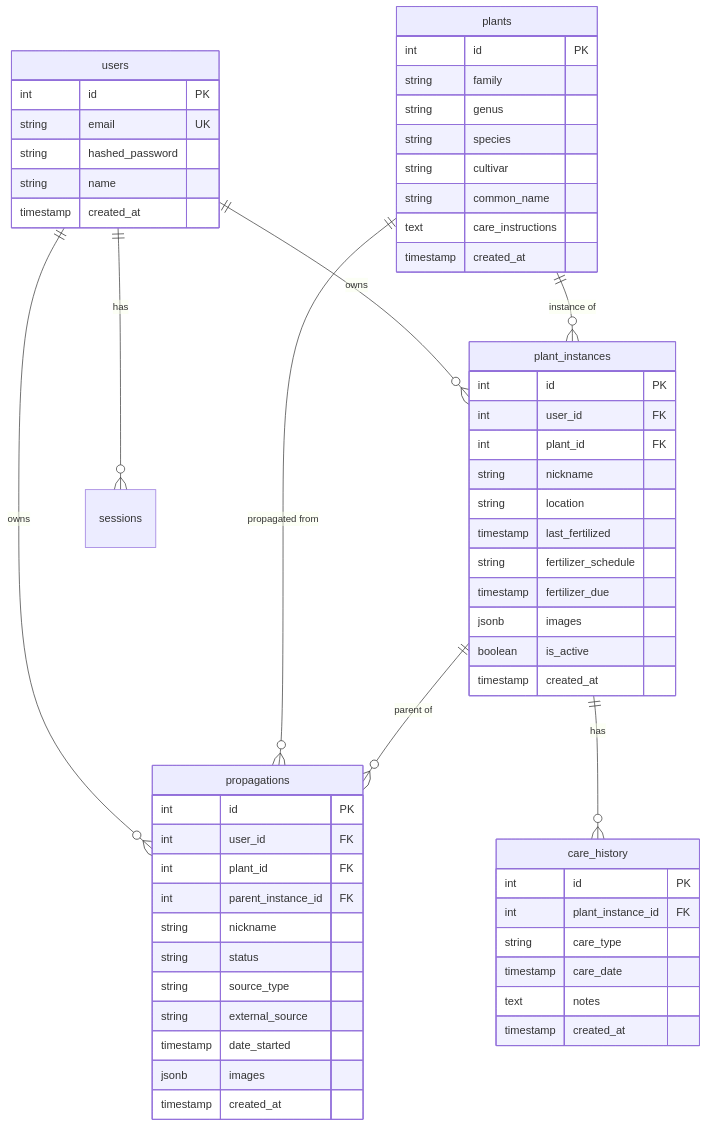
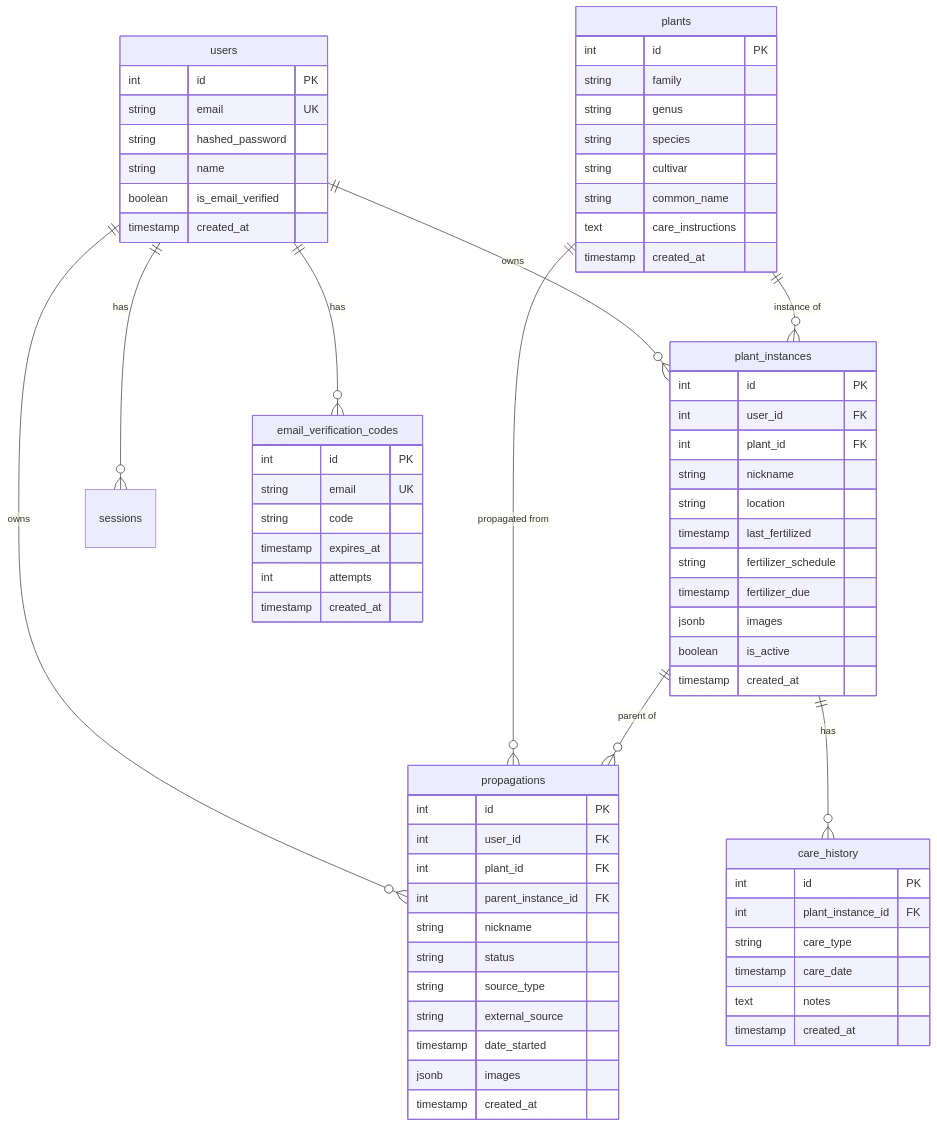
The second of 6 diagrams in docs/ARCHITECTURE.md (cloudagrapher/fancy-planties), drawn with Mermaid before and after one commit. The commit also changed other lines of this file and 4 other files, not shown here.

````diff
--- a/docs/ARCHITECTURE.md
+++ b/docs/ARCHITECTURE.md
@@ -166,66 +207,77 @@
 ```mermaid
 erDiagram
     users ||--o{ plant_instances : owns
     users ||--o{ propagations : owns
     users ||--o{ sessions : has
+    users ||--o{ email_verification_codes : has
     plants ||--o{ plant_instances : "instance of"
     plants ||--o{ propagations : "propagated from"
     plant_instances ||--o{ propagations : "parent of"
     plant_instances ||--o{ care_history : has
 
     users {
         int id PK
         string email UK
         string hashed_password
         string name
+        boolean is_email_verified
+        timestamp created_at
+    }
+
+    email_verification_codes {
+        int id PK
+        string email UK
+        string code
+        timestamp expires_at
+        int attempts
         timestamp created_at
     }
 
     plants {
         int id PK
         string family
         string genus
         string species
         string cultivar
         string common_name
         text care_instructions
         timestamp created_at
     }
 
     plant_instances {
         int id PK
         int user_id FK
         int plant_id FK
         string nickname
         string location
         timestamp last_fertilized
         string fertilizer_schedule
         timestamp fertilizer_due
         jsonb images
         boolean is_active
         timestamp created_at
     }
 
     propagations {
         int id PK
         int user_id FK
         int plant_id FK
         int parent_instance_id FK
         string nickname
         string status
         string source_type
         string external_source
         timestamp date_started
         jsonb images
         timestamp created_at
     }
 
     care_history {
         int id PK
         int plant_instance_id FK
         string care_type
         timestamp care_date
         text notes
         timestamp created_at
     }
 ```
````
